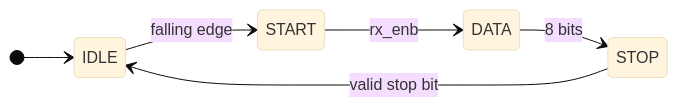
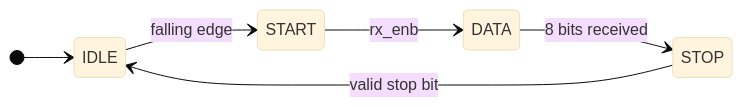
Before and after one commit to blonghi/tt_um_uart: the second of 2 diagrams in docs/info.md, drawn with Mermaid (base theme). The commit also changed other lines of this file, not shown here.

Commit message:
mermaid chart test

````diff
--- a/docs/info.md
+++ b/docs/info.md
@@ -20,9 +34,9 @@
 ```mermaid
 stateDiagram-v2
 direction LR
     [*] --> IDLE
     IDLE --> START: falling edge
     START --> DATA: rx_enb
-    DATA --> STOP: 8 bits
+    DATA --> STOP: 8 bits received
     STOP --> IDLE: valid stop bit
 ```
````
